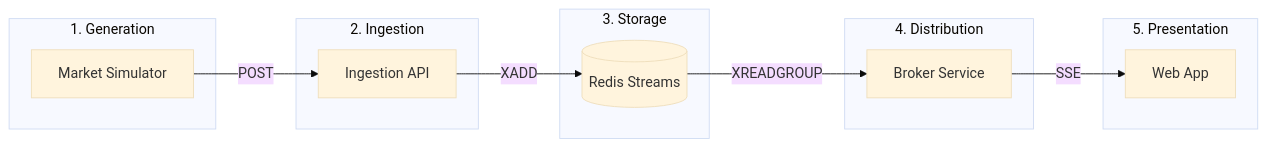
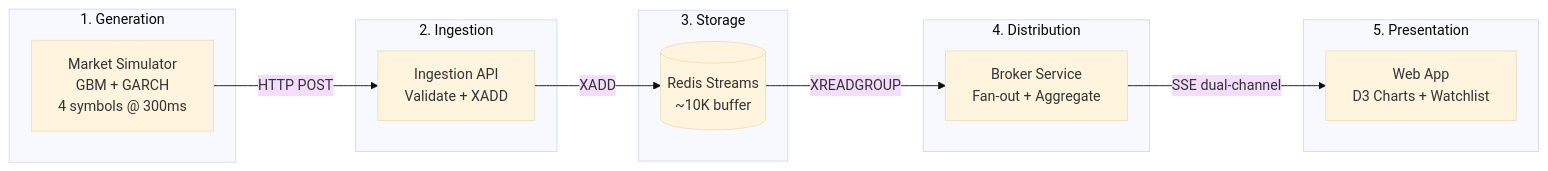
Before and after one commit to raj-champion-trader/rajchampaneriya.github.io: the seventh of 10 diagrams in hugo-site/content/projects/stock-market-simulator/index.md, drawn with Mermaid (base theme). The commit also changed other lines of this file and 4 other files, not shown here.

First line of the commit message:
Enhance Stock Market Simulator documentation and architecture details

````diff
--- a/hugo-site/content/projects/stock-market-simulator/index.md
+++ b/hugo-site/content/projects/stock-market-simulator/index.md
@@ -241,27 +296,27 @@
 ```mermaid
 flowchart LR
     subgraph Generation["1. Generation"]
-        MS["Market Simulator"]
+        MS["Market Simulator<br/>GBM + GARCH<br/>4 symbols @ 300ms"]
     end
 
     subgraph Ingestion["2. Ingestion"]
-        API["Ingestion API"]
+        API["Ingestion API<br/>Validate + XADD"]
     end
 
     subgraph Storage["3. Storage"]
-        Redis[("Redis Streams")]
+        Redis[("Redis Streams<br/>~10K buffer")]
     end
 
     subgraph Distribution["4. Distribution"]
-        Broker["Broker Service"]
+        Broker["Broker Service<br/>Fan-out + Aggregate"]
     end
 
     subgraph Presentation["5. Presentation"]
-        Web["Web App"]
+        Web["Web App<br/>D3 Charts + Watchlist"]
     end
 
-    MS -->|POST| API
+    MS -->|HTTP POST| API
     API -->|XADD| Redis
     Redis -->|XREADGROUP| Broker
-    Broker -->|SSE| Web
+    Broker -->|SSE dual-channel| Web
 ```
````
